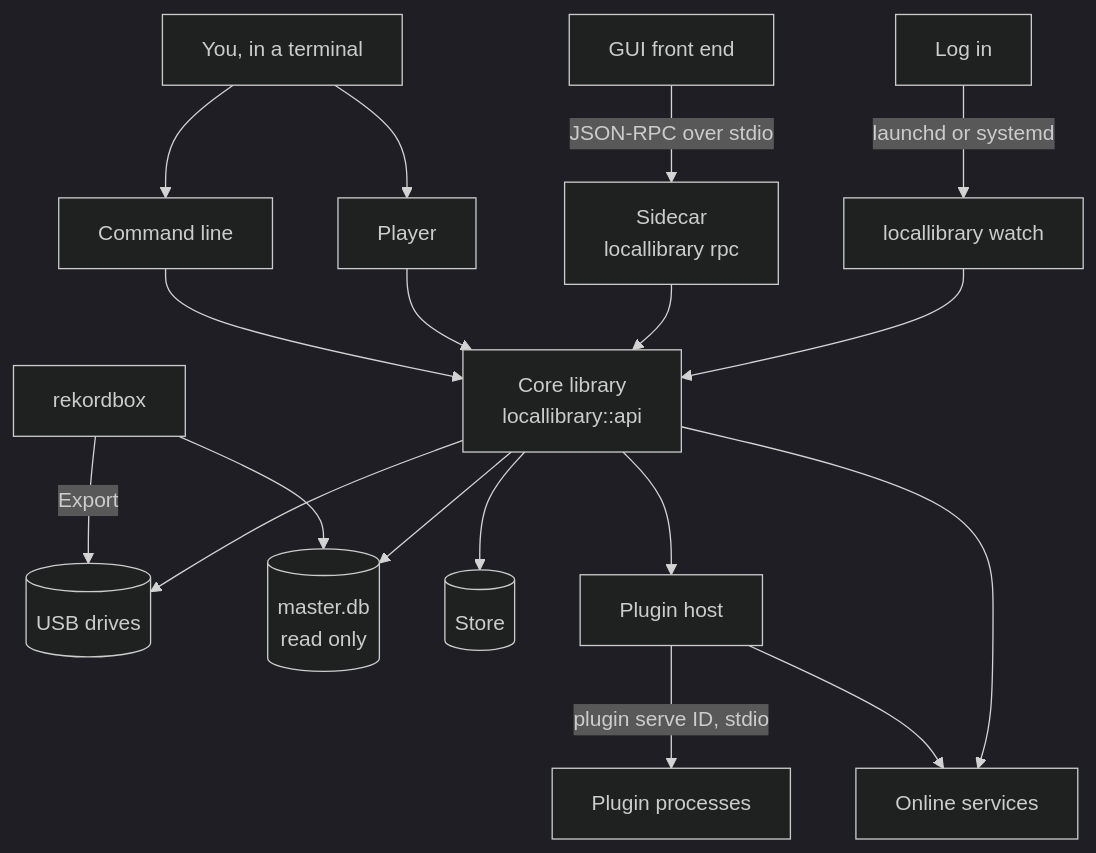
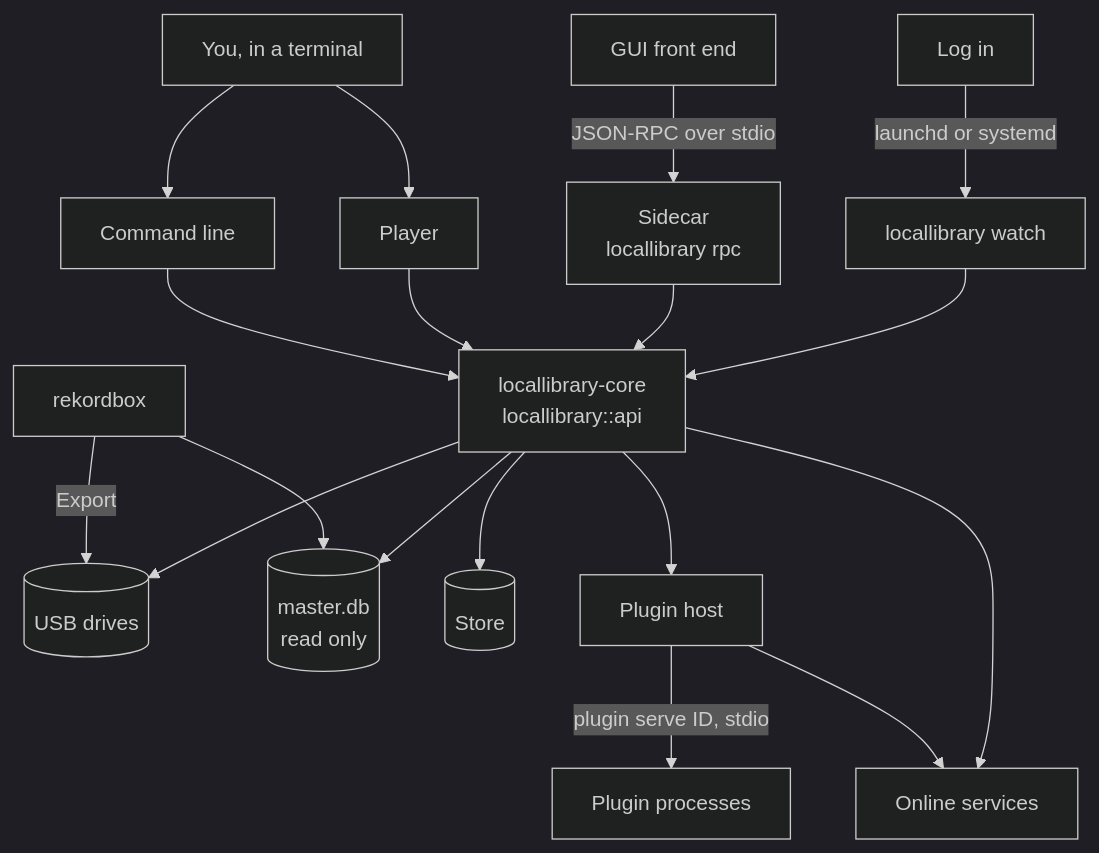
The first of 11 diagrams in apps/locallibrary/README.md (cutenode/localnetwork), drawn with Mermaid (dark theme) before and after one commit. The commit also changed other lines of this file and 32 other files, not shown here.

````diff
--- a/apps/locallibrary/README.md
+++ b/apps/locallibrary/README.md
@@ -252,20 +252,20 @@
 ```mermaid
 flowchart TD
     you["You, in a terminal"] --> cli["Command line"]
     you --> player["Player"]
     gui["GUI front end"] -->|"JSON-RPC over stdio"| sidecar["Sidecar<br/>locallibrary rpc"]
     login["Log in"] -->|"launchd or systemd"| watch["locallibrary watch"]
-    cli --> api["Core library<br/>locallibrary::api"]
+    cli --> api["locallibrary-core<br/>locallibrary::api"]
     player --> api
     sidecar --> api
     watch --> api
     rekordbox["rekordbox"] -->|"Export"| drives[("USB drives")]
     rekordbox --> master[("master.db<br/>read only")]
     api --> drives
     api --> store[("Store")]
     api --> master
     api --> host["Plugin host"]
     host -->|"plugin serve ID, stdio"| procs["Plugin processes"]
     host --> net["Online services"]
     api --> net
 ```
````
